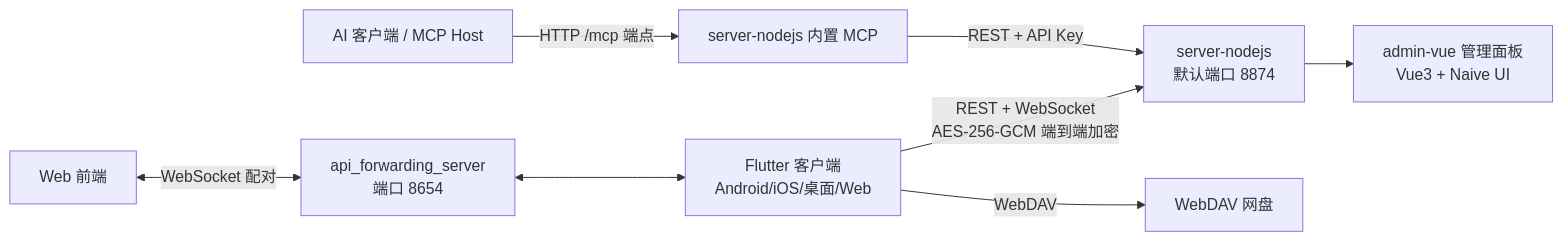
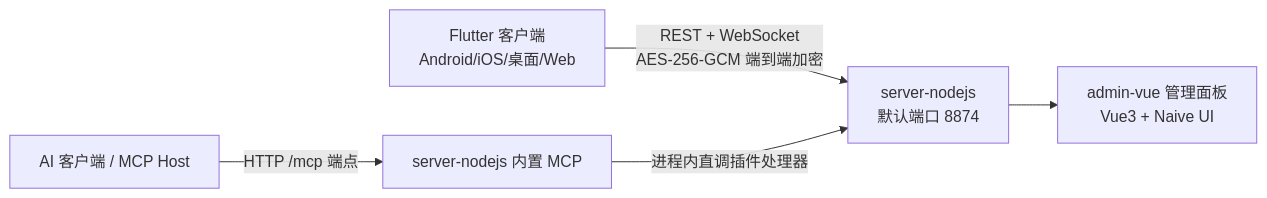
Before and after one commit to hunmer/about-me: the diagram in claude/overview.md, drawn with Mermaid. The commit also changed other lines of this file and 93 other files, not shown here.

````diff
--- a/claude/overview.md
+++ b/claude/overview.md
@@ -16,10 +16,7 @@
 ```mermaid
 graph LR
     App[Flutter 客户端<br/>Android/iOS/桌面/Web] -->|REST + WebSocket<br/>AES-256-GCM 端到端加密| Server[server-nodejs<br/>默认端口 8874]
-    App -->|WebDAV| Cloud[WebDAV 网盘]
     Server --> Admin[admin-vue 管理面板<br/>Vue3 + Naive UI]
     AI[AI 客户端 / MCP Host] -->|HTTP /mcp 端点| MCP["server-nodejs 内置 MCP"]
-    MCP -->|REST + API Key| Server
-    Web[Web 前端] <-->|WebSocket 配对| FWD[api_forwarding_server<br/>端口 8654]
-    FWD <--> App
+    MCP -->|进程内直调插件处理器| Server
 ```
````
